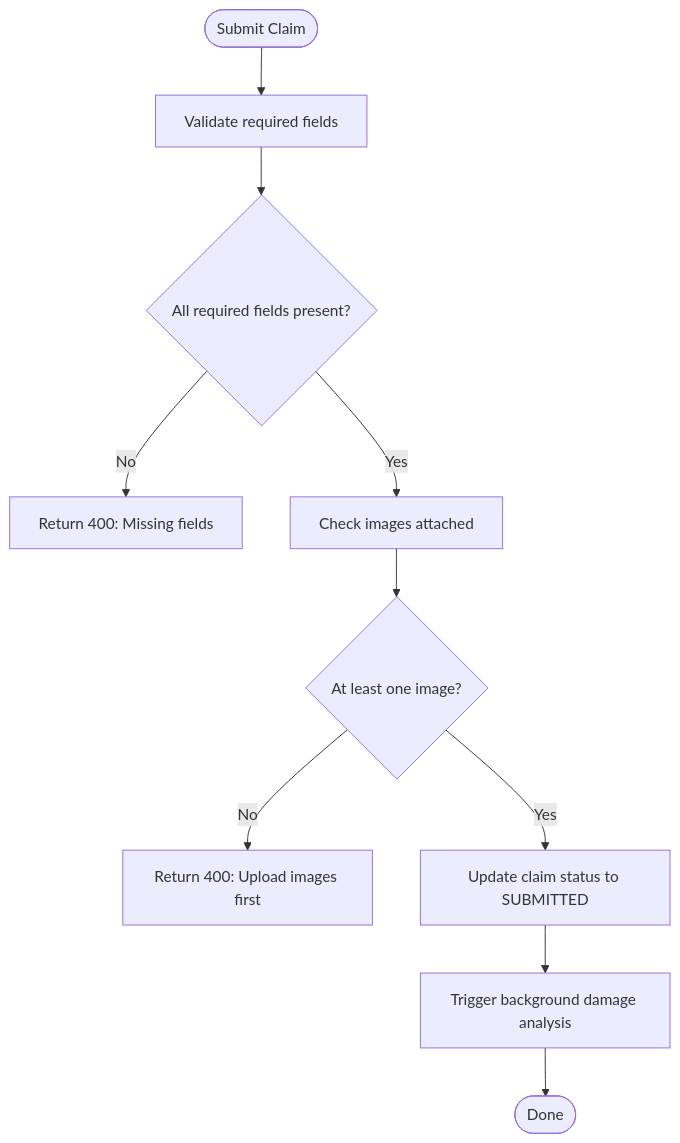
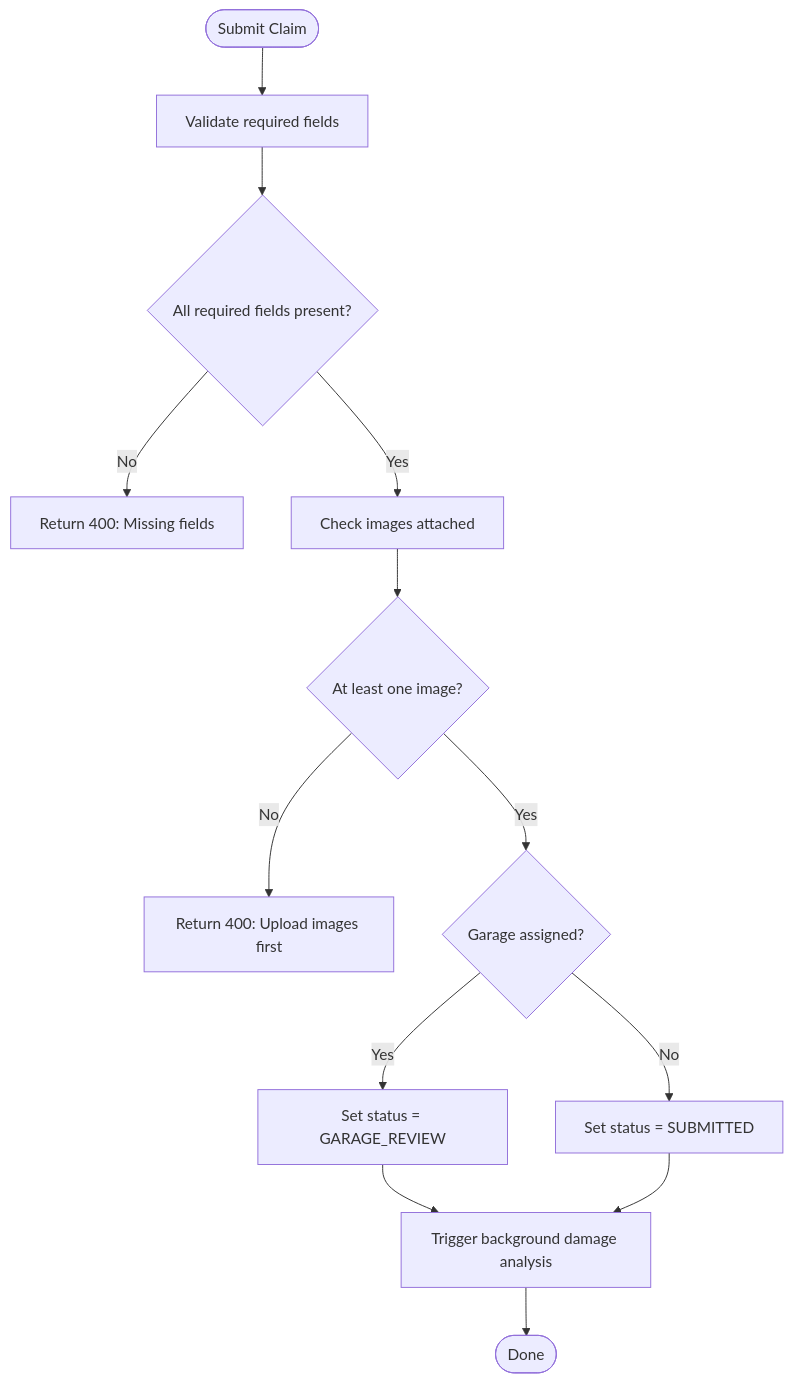
Before and after one commit to NaveenHiranya/Smart-Vehicle-Insurance-Claim-System: the third of 12 diagrams in .qoder/repowiki/en/content/Business Logic Layer/Claims Processing Workflow.md, drawn with Mermaid. The commit also changed other lines of this file and 87 other files, not shown here.

````diff
--- a/.qoder/repowiki/en/content/Business Logic Layer/Claims Processing Workflow.md
+++ b/.qoder/repowiki/en/content/Business Logic Layer/Claims Processing Workflow.md
@@ -142,12 +186,15 @@
 ```mermaid
 flowchart TD
 Start(["Submit Claim"]) --> Validate["Validate required fields"]
 Validate --> Valid{"All required fields present?"}
 Valid --> |No| ErrFields["Return 400: Missing fields"]
 Valid --> |Yes| CheckImages["Check images attached"]
 CheckImages --> HasImages{"At least one image?"}
 HasImages --> |No| ErrImages["Return 400: Upload images first"]
-HasImages --> |Yes| UpdateStatus["Update claim status to SUBMITTED"]
-UpdateStatus --> TriggerAI["Trigger background damage analysis"]
+HasImages --> |Yes| CheckGarage{"Garage assigned?"}
+CheckGarage --> |Yes| SetGarageReview["Set status = GARAGE_REVIEW"]
+CheckGarage --> |No| SetSubmitted["Set status = SUBMITTED"]
+SetGarageReview --> TriggerAI["Trigger background damage analysis"]
+SetSubmitted --> TriggerAI
 TriggerAI --> End(["Done"])
 ```
````
